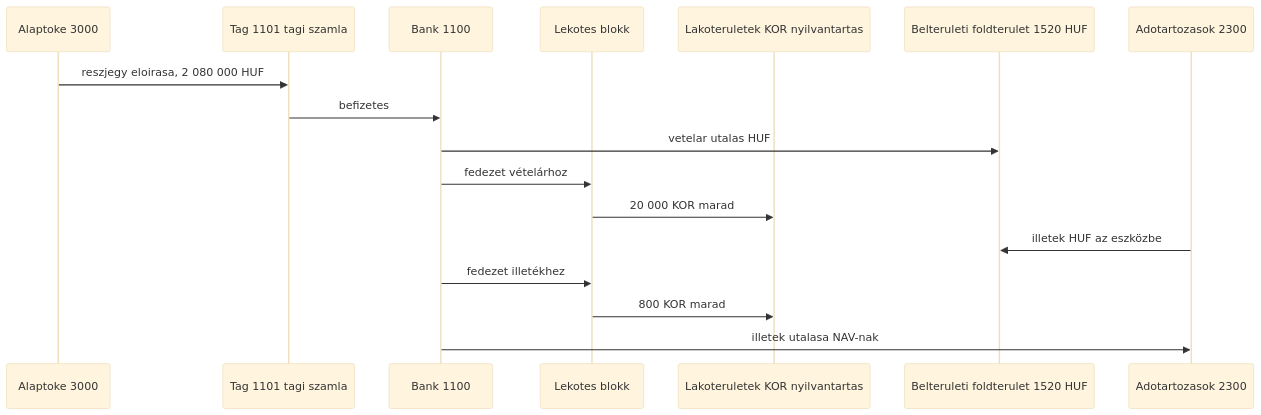
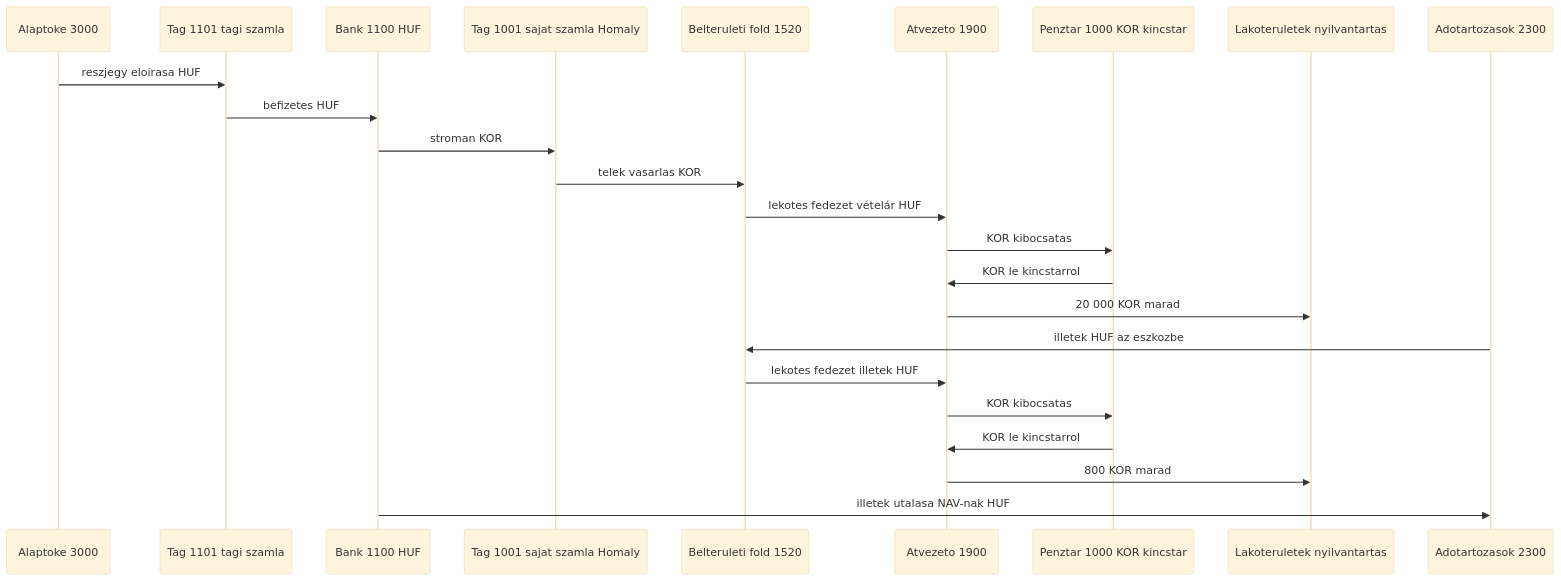
Diagram 14 of 17 in docs/transaction-workflow.md (pitiboy/curr), drawn with Mermaid (base theme) before and after one commit. The commit also changed other lines of this file, not shown here.

````diff
--- a/docs/transaction-workflow.md
+++ b/docs/transaction-workflow.md
@@ -606,20 +628,27 @@
 ```mermaid
 sequenceDiagram
   participant Toke as Alaptoke 3000
   participant Tag as Tag 1101 tagi szamla
-  participant Bank as Bank 1100
-  participant Lekotes as Lekotes blokk
-  participant Nyilv as Lakoteruletek KOR nyilvantartas
-  participant Telek as Belteruleti foldterulet 1520 HUF
+  participant Bank as Bank 1100 HUF
+  participant Sajat as Tag 1001 sajat szamla Homaly
+  participant Telek as Belteruleti fold 1520
+  participant Atv as Atvezeto 1900
+  participant Kt as Penztar 1000 KOR kincstar
+  participant Nyilv as Lakoteruletek nyilvantartas
   participant Ado as Adotartozasok 2300
 
-  Toke->>Tag: reszjegy eloirasa, 2 080 000 HUF
-  Tag->>Bank: befizetes
-  Bank->>Telek: vetelar utalas HUF
-  Bank->>Lekotes: fedezet vételárhoz
-  Lekotes->>Nyilv: 20 000 KOR marad
-  Ado->>Telek: illetek HUF az eszközbe
-  Bank->>Lekotes: fedezet illetékhez
-  Lekotes->>Nyilv: 800 KOR marad
-  Bank->>Ado: illetek utalasa NAV-nak
+  Toke->>Tag: reszjegy eloirasa HUF
+  Tag->>Bank: befizetes HUF
+  Bank->>Sajat: stroman KOR
+  Sajat->>Telek: telek vasarlas KOR
+  Telek->>Atv: lekotes fedezet vételár HUF
+  Atv->>Kt: KOR kibocsatas
+  Kt->>Atv: KOR le kincstarrol
+  Atv->>Nyilv: 20 000 KOR marad
+  Ado->>Telek: illetek HUF az eszkozbe
+  Telek->>Atv: lekotes fedezet illetek HUF
+  Atv->>Kt: KOR kibocsatas
+  Kt->>Atv: KOR le kincstarrol
+  Atv->>Nyilv: 800 KOR marad
+  Bank->>Ado: illetek utalasa NAV-nak HUF
 ```
````
